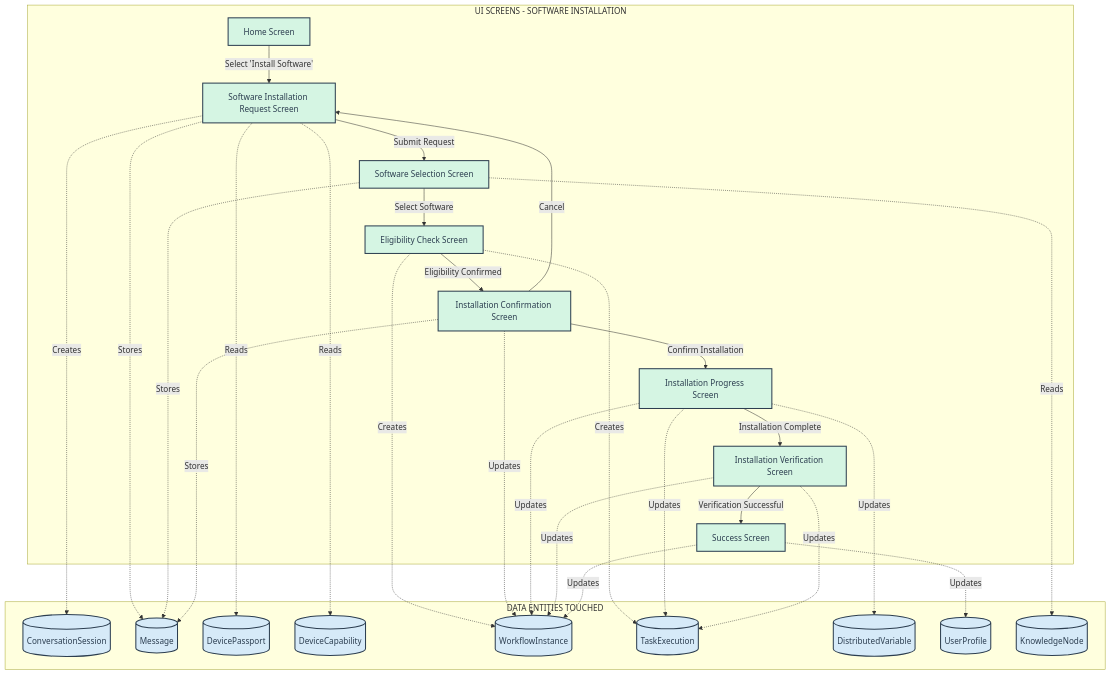
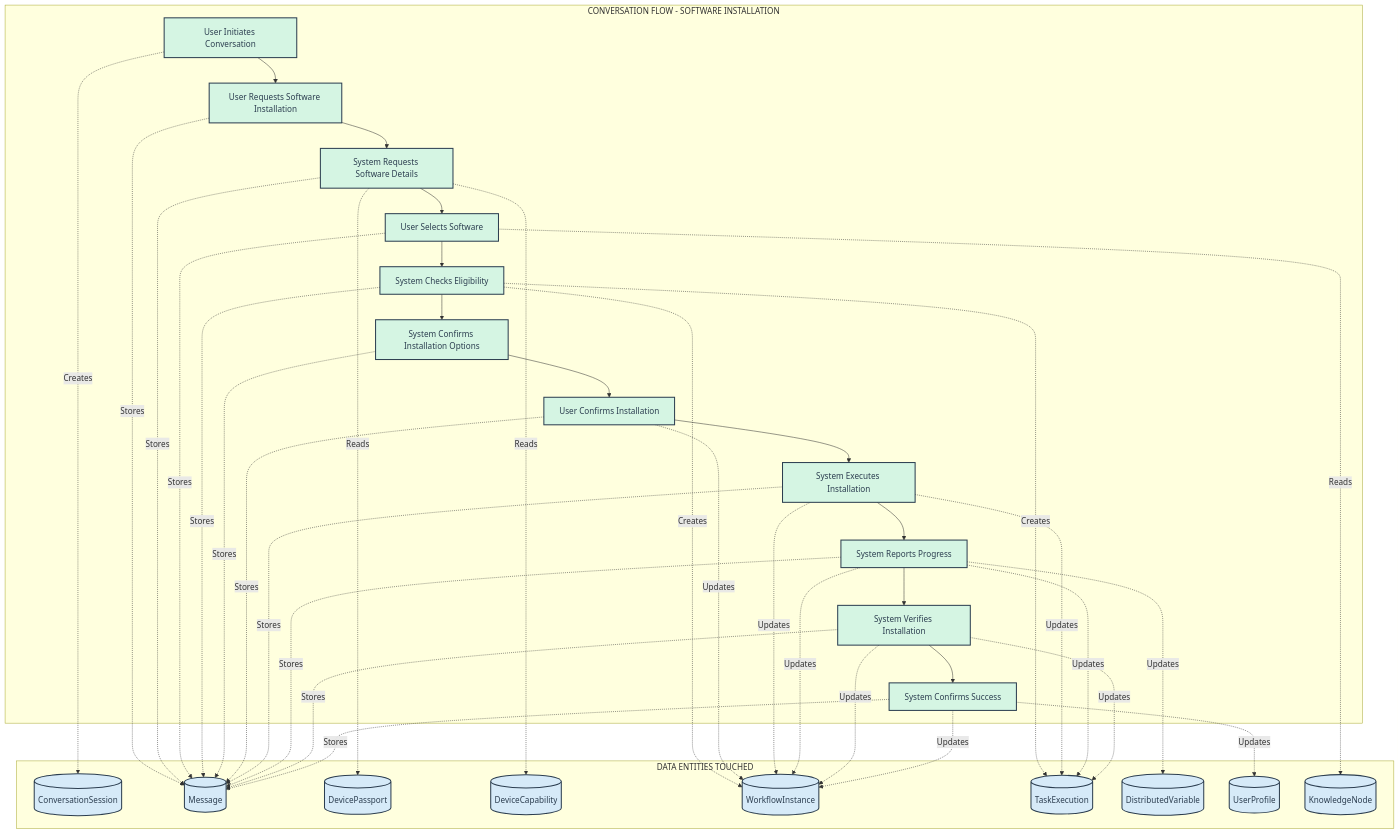
Diagram 14 of 31 in ME.AI Data Architecture and Flows.md (ME-ai-agents/docs_prod), drawn with Mermaid before and after one commit. The commit also changed other lines of this file, not shown here.

Commit message:
Update ME.AI Data Architecture and Flows.md

````diff
--- a/ME.AI Data Architecture and Flows.md
+++ b/ME.AI Data Architecture and Flows.md
@@ -1262,64 +1319,67 @@
 ```mermaid
 flowchart TD
-    subgraph UI_FLOW["UI SCREENS - SOFTWARE INSTALLATION"]
-        S1[Home Screen]
-        S2[Software Installation Request Screen]
-        S3[Software Selection Screen]
-        S4[Eligibility Check Screen]
-        S5[Installation Confirmation Screen]
-        S6[Installation Progress Screen]
-        S7[Installation Verification Screen]
-        S8[Success Screen]
-        
-        S1 -->|"Select 'Install Software'"| S2
-        S2 -->|"Submit Request"| S3
-        S3 -->|"Select Software"| S4
-        S4 -->|"Eligibility Confirmed"| S5
-        S5 -->|"Confirm Installation"| S6
-        S6 -->|"Installation Complete"| S7
-        S7 -->|"Verification Successful"| S8
-        S5 -->|"Cancel"| S2
+    subgraph CF["CONVERSATION FLOW - SOFTWARE INSTALLATION"]
+        I1[User Initiates Conversation] --> I2[User Requests Software Installation]
+        I2 --> I3[System Requests Software Details]
+        I3 --> I4[User Selects Software]
+        I4 --> I5[System Checks Eligibility]
+        I5 --> I6[System Confirms Installation Options]
+        I6 --> I7[User Confirms Installation]
+        I7 --> I8[System Executes Installation]
+        I8 --> I9[System Reports Progress]
+        I9 --> I10[System Verifies Installation]
+        I10 --> I11[System Confirms Success]
     end
     
-    subgraph DATA_FLOW["DATA ENTITIES TOUCHED"]
+    subgraph DF["DATA ENTITIES TOUCHED"]
         D1[(ConversationSession)]
         D2[(Message)]
         D3[(DevicePassport)]
         D4[(DeviceCapability)]
         D5[(WorkflowInstance)]
         D6[(TaskExecution)]
         D7[(DistributedVariable)]
         D8[(UserProfile)]
         D9[(KnowledgeNode)]
         
-        S2 -.->|"Creates"| D1
-        S2 -.->|"Stores"| D2
-        S2 -.->|"Reads"| D3
-        S2 -.->|"Reads"| D4
+        I1 -.->|"Creates"| D1
+        I2 -.->|"Stores"| D2
+        I3 -.->|"Stores"| D2
+        I3 -.->|"Reads"| D3
+        I3 -.->|"Reads"| D4
         
-        S3 -.->|"Stores"| D2
-        S3 -.->|"Reads"| D9
+        I4 -.->|"Stores"| D2
+        I4 -.->|"Reads"| D9
         
-        S4 -.->|"Creates"| D5
-        S4 -.->|"Creates"| D6
+        I5 -.->|"Creates"| D5
+        I5 -.->|"Creates"| D6
+        I5 -.->|"Stores"| D2
         
-        S5 -.->|"Stores"| D2
-        S5 -.->|"Updates"| D5
+        I6 -.->|"Stores"| D2
+        I7 -.->|"Stores"| D2
+        I7 -.->|"Updates"| D5
         
-        S6 -.->|"Updates"| D5
-        S6 -.->|"Updates"| D6
-        S6 -.->|"Updates"| D7
+        I8 -.->|"Updates"| D5
+        I8 -.->|"Updates"| D6
+        I8 -.->|"Stores"| D2
         
-        S7 -.->|"Updates"| D5
-        S7 -.->|"Updates"| D6
+        I9 -.->|"Updates"| D5
+        I9 -.->|"Updates"| D6
+        I9 -.->|"Updates"| D7
+        I9 -.->|"Stores"| D2
         
-        S8 -.->|"Updates"| D5
-        S8 -.->|"Updates"| D8
+        I10 -.->|"Updates"| D5
+        I10 -.->|"Updates"| D6
+        I10 -.->|"Stores"| D2
+        
+        I11 -.->|"Updates"| D5
+        I11 -.->|"Updates"| D8
+        I11 -.->|"Stores"| D2
     end
     
-    classDef uiScreen fill:#D5F5E3,stroke:#2C3E50,stroke-width:2px,color:#2C3E50
+    classDef convStep fill:#D5F5E3,stroke:#2C3E50,stroke-width:2px,color:#2C3E50
     classDef dataEntity fill:#D6EAF8,stroke:#2C3E50,stroke-width:2px,color:#2C3E50
     
-    class S1,S2,S3,S4,S5,S6,S7,S8 uiScreen
+    class I1,I2,I3,I4,I5,I6,I7,I8,I9,I10,I11 convStep
     class D1,D2,D3,D4,D5,D6,D7,D8,D9 dataEntity
 ```
````
